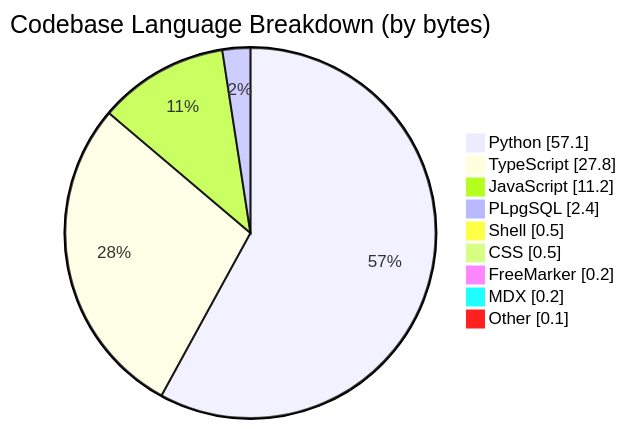
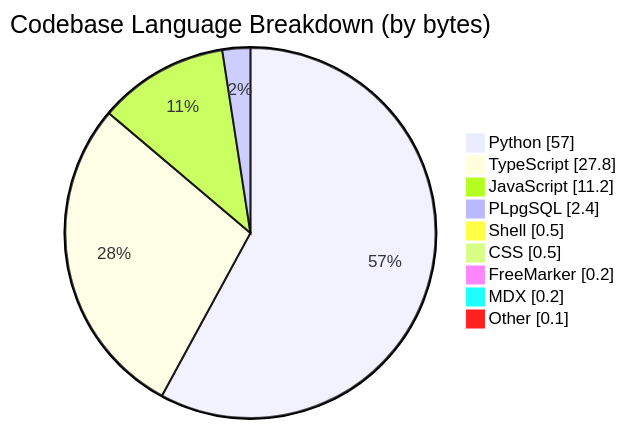
One commit to CSTH-Projects/.github changed the third of 4 diagrams in profile/README.md. Above: the diagram before and after it, drawn with Mermaid. The commit also changed other lines of this file, not shown here.

````diff
--- a/profile/README.md
+++ b/profile/README.md
@@ -63,13 +63,13 @@
 ```mermaid
 pie showData
     title Codebase Language Breakdown (by bytes)
-    "Python" : 57.1
+    "Python" : 57.0
     "TypeScript" : 27.8
     "JavaScript" : 11.2
     "PLpgSQL" : 2.4
     "Shell" : 0.5
     "CSS" : 0.5
     "FreeMarker" : 0.2
     "MDX" : 0.2
     "Other" : 0.1
 ```
````
